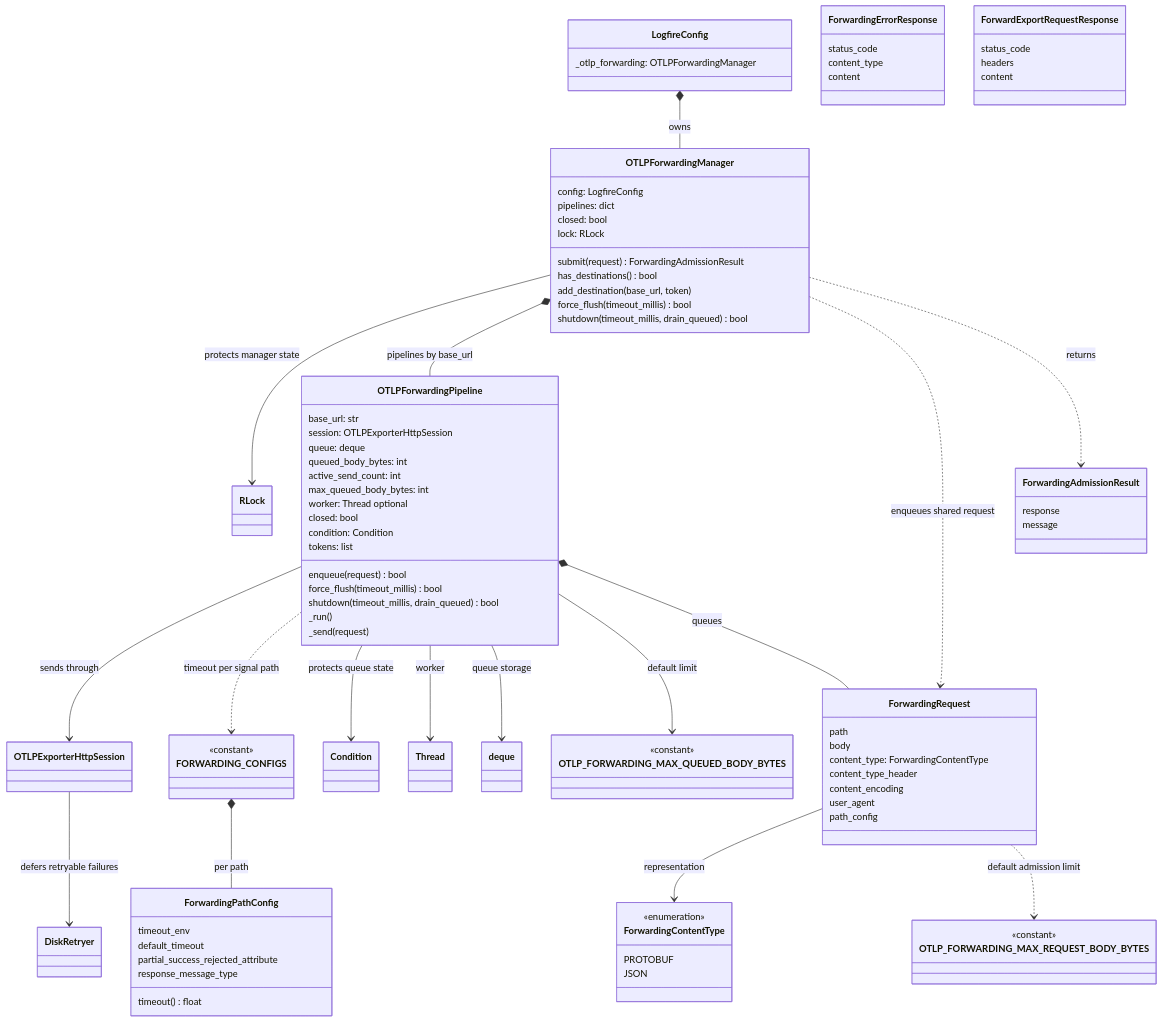
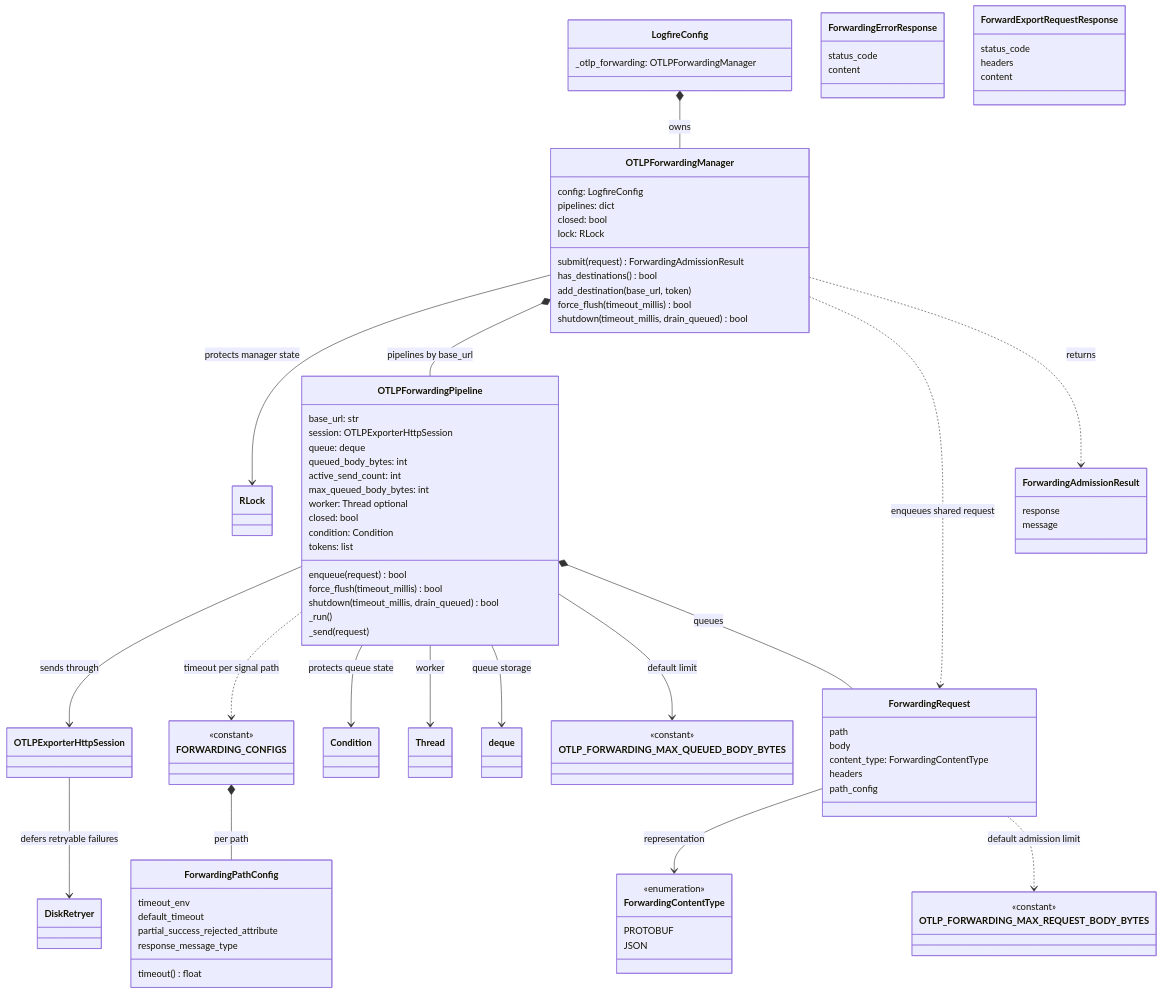
One commit to pydantic/logfire changed the third of 5 diagrams in specs/browser-telemetry-forwarding-first-pass/diagrams.md. Above: the diagram before and after it, drawn with Mermaid. The commit also changed 3 other files, not shown here.

```diff
--- a/specs/browser-telemetry-forwarding-first-pass/diagrams.md
+++ b/specs/browser-telemetry-forwarding-first-pass/diagrams.md
@@ -107,9 +107,7 @@
         path
         body
         content_type: ForwardingContentType
-        content_type_header
-        content_encoding
-        user_agent
+        headers
         path_config
     }
 
@@ -126,7 +124,6 @@
 
     class ForwardingErrorResponse {
         status_code
-        content_type
         content
     }
 
```
